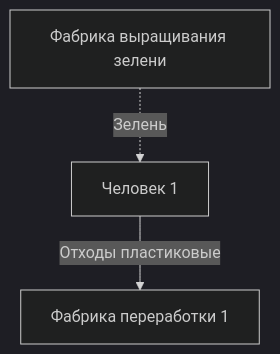
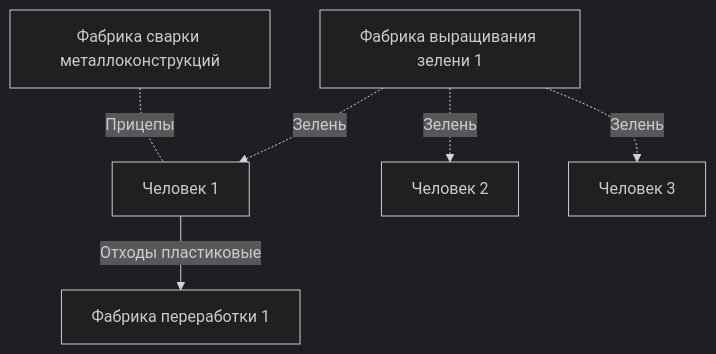
One commit to shyzik93/settlement_charter changed the diagram in ТекущийЭкономическийБазис.md. Above: the diagram before and after it, drawn with Mermaid (dark theme).

````diff
--- a/ТекущийЭкономическийБазис.md
+++ b/ТекущийЭкономическийБазис.md
@@ -9,5 +9,8 @@
 ```mermaid
 graph TD
     A[Человек 1] --> |Отходы пластиковые|B[Фабрика переработки 1]
-    C[Фабрика выращивания зелени] -.-> |Зелень|A
+    C[Фабрика выращивания зелени 1] -.-> |Зелень|A
+    C -.-> |Зелень|F[Человек 2]
+    C -.-> |Зелень|E[Человек 3]
+    D[Фабрика сварки металлоконструкций] -.- |Прицепы|A
 ```
````
